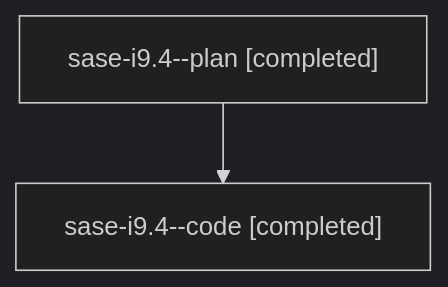
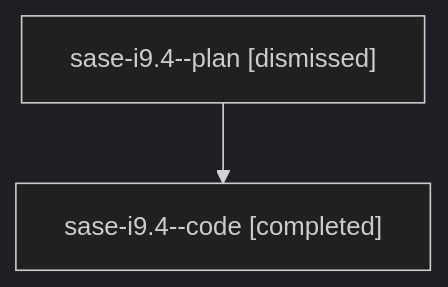
The diagram in families/bbugyi200.athena.sase-i9.4.md (sase-org/sase--agents), drawn with Mermaid (dark theme) before and after one commit. The commit also changed other lines of this file and 2170 other files, not shown here.

````diff
--- a/families/bbugyi200.athena.sase-i9.4.md
+++ b/families/bbugyi200.athena.sase-i9.4.md
@@ -9,6 +9,6 @@
 ```mermaid
 flowchart TD
-  n0["sase-i9.4--plan [completed]"]
+  n0["sase-i9.4--plan [dismissed]"]
   n1["sase-i9.4--code [completed]"]
   n0 --> n1
 ```
````
